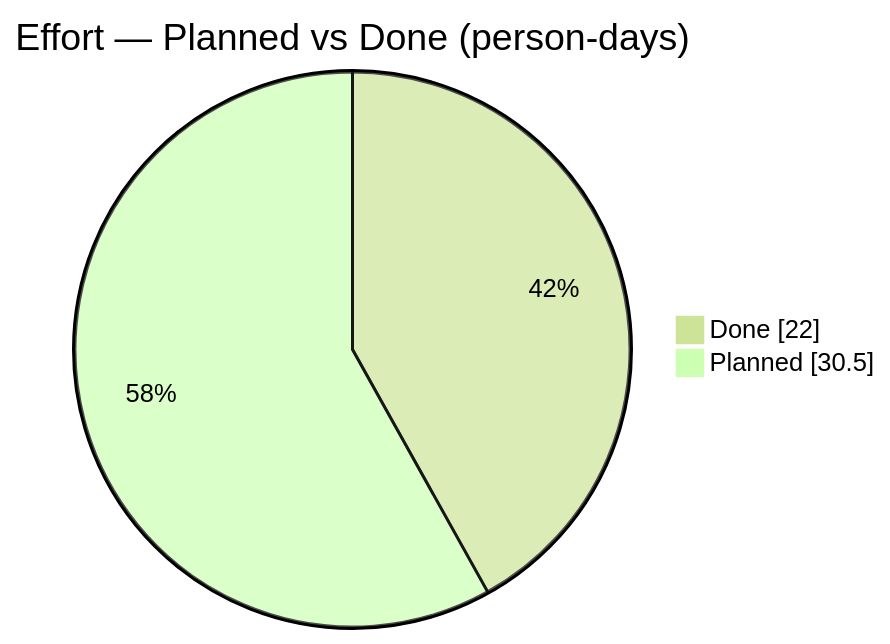
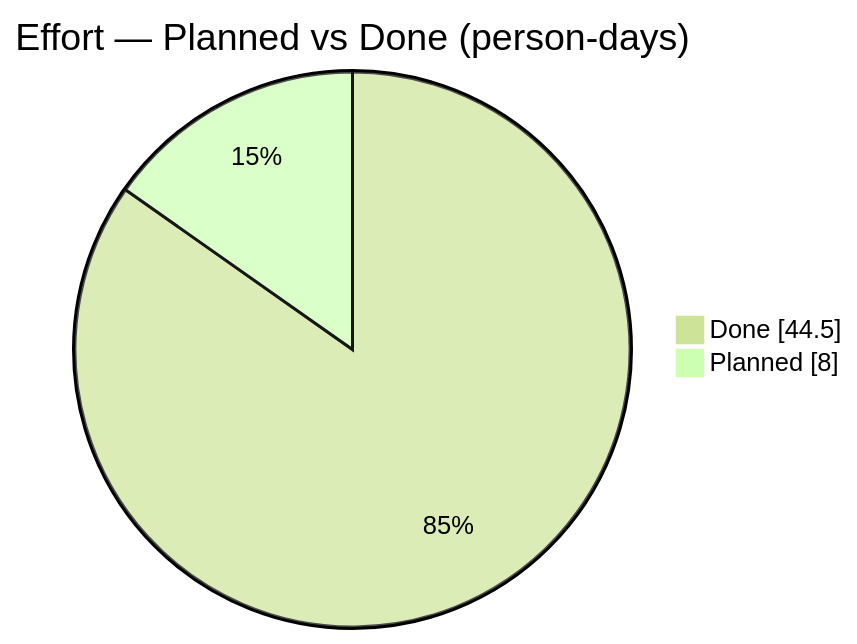
One commit to Katty-Fashion/kf-cpto changed the first of 2 diagrams in docs/_projects/R3-AAS.md. Above: the diagram before and after it, drawn with Mermaid (forest theme). The commit also changed other lines of this file and 45 other files, not shown here.

````diff
--- a/docs/_projects/R3-AAS.md
+++ b/docs/_projects/R3-AAS.md
@@ -118,5 +108,5 @@
 ```mermaid
 pie showData title Effort — Planned vs Done (person-days)
-    "Done" : 22.0
-    "Planned" : 30.5
+    "Done" : 44.5
+    "Planned" : 8.0
 ```
````
